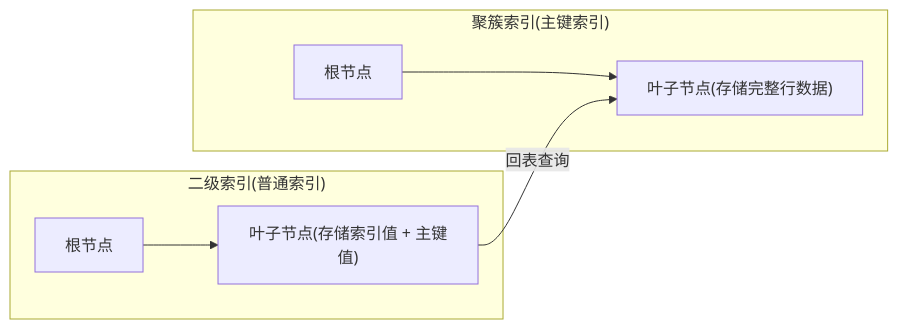
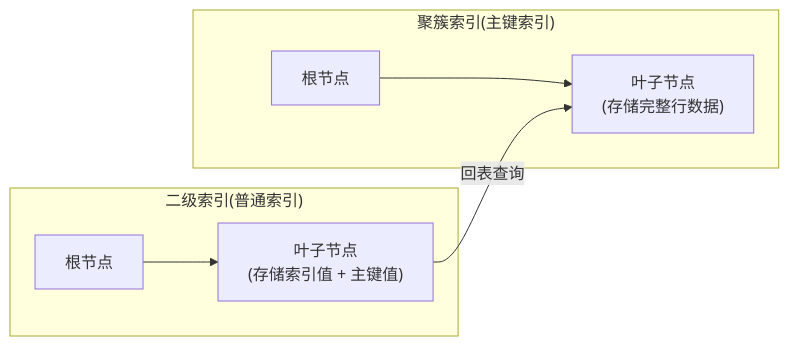
Before and after one commit to b1tzer/b1tzer.github.io: the third of 3 diagrams in docs/03-mysql/02-索引详解.md, drawn with Mermaid. The commit also changed other lines of this file and 16 other files, not shown here.

````diff
--- a/docs/03-mysql/02-索引详解.md
+++ b/docs/03-mysql/02-索引详解.md
@@ -101,11 +124,12 @@
 ```mermaid
 flowchart LR
-    subgraph "聚簇索引(主键索引)"
-        CI_Root["根节点"] --> CI_Leaf["叶子节点(存储完整行数据)"]
+    subgraph CI["聚簇索引(主键索引)"]
+        CI_Root["根节点"] --> CI_Leaf["叶子节点<br/>(存储完整行数据)"]
     end
 
-    subgraph "二级索引(普通索引)"
-        SI_Root["根节点"] --> SI_Leaf["叶子节点(存储索引值 + 主键值)"]
-        SI_Leaf -->|回表查询| CI_Leaf
+    subgraph SI["二级索引(普通索引)"]
+        SI_Root["根节点"] --> SI_Leaf["叶子节点<br/>(存储索引值 + 主键值)"]
     end
+
+    SI_Leaf -- "回表查询" --> CI_Leaf
 ```
````
